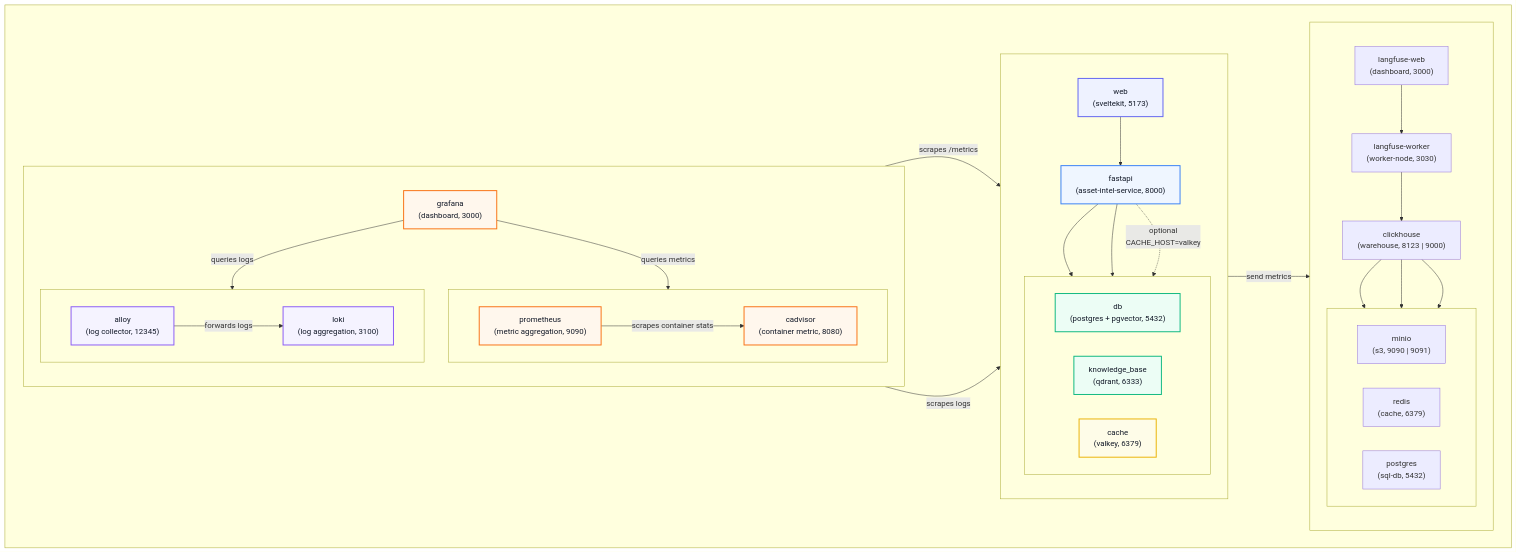
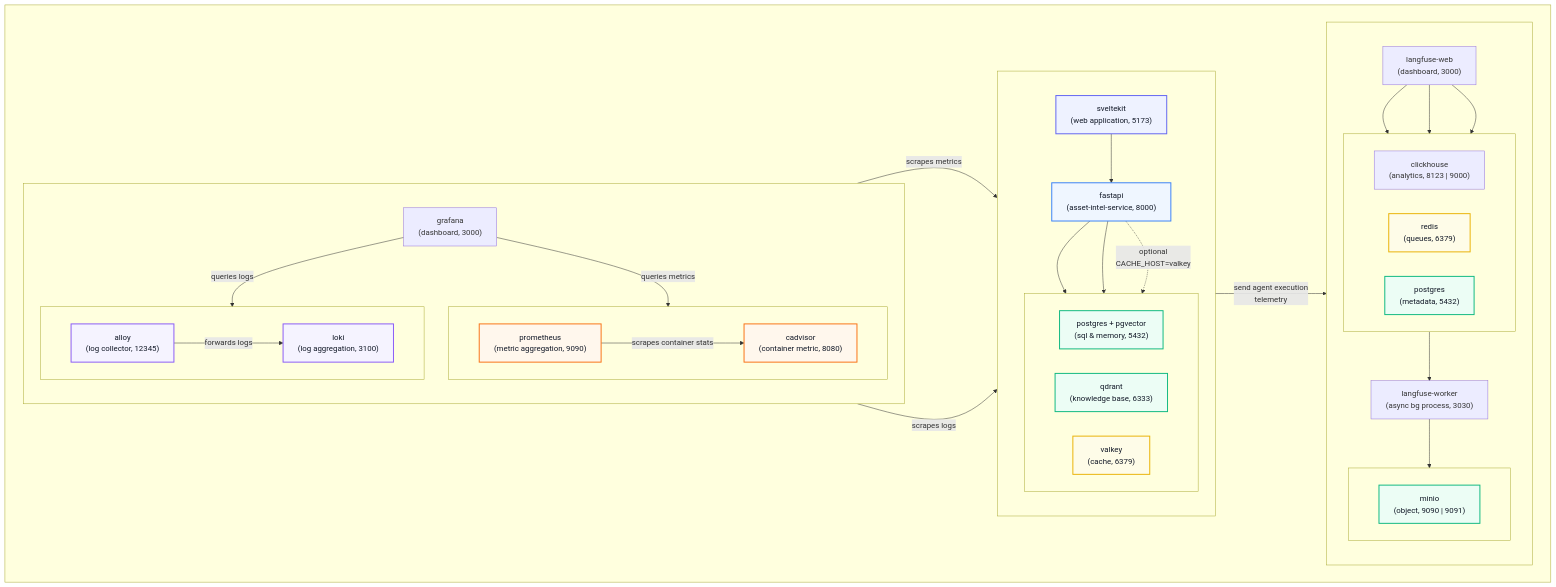
Before and after one commit to xinlonghe2512/avli: the diagram in docs/docker.md, drawn with Mermaid. The commit also changed 2 other files, not shown here.

Commit message:
Project Init

```diff
--- a/docs/docker.md
+++ b/docs/docker.md
@@ -15,21 +15,21 @@
         subgraph app[" "]
             direction TB
 
-            web["web\n(sveltekit, 5173)"]
+            sveltekit["sveltekit\n(web application, 5173)"]
             fastapi["fastapi\n(asset-intel-service, 8000)"]
 
-            subgraph app_data[" "]
+            subgraph app-data[" "]
                 direction LR
-                db["db<br/>(postgres + pgvector, 5432)"]
-                knowledge_base["knowledge_base<br/>(qdrant, 6333)"]
-                cache["cache<br/>(valkey, 6379)"]
+                postgres+pgvector["postgres + pgvector<br/>(sql & memory, 5432)"]
+                qdrant["qdrant<br/>(knowledge base, 6333)"]
+                valkey["valkey<br/>(cache, 6379)"]
             end
 
-            web --> fastapi
+            sveltekit --> fastapi
 
-            fastapi --> db
-            fastapi --> knowledge_base
-            fastapi -.->|"optional<br/>CACHE_HOST=valkey"| cache
+            fastapi --> postgres+pgvector
+            fastapi --> qdrant
+            fastapi -.->|"optional<br/>CACHE_HOST=valkey"| valkey
         end
 
         %% =========================================================
@@ -40,13 +40,13 @@
 
             grafana["grafana\n(dashboard, 3000)"]
 
-            subgraph metric[" "]
+            subgraph obs-metric[" "]
                 direction LR
                 prometheus["prometheus\n(metric aggregation, 9090)"]
                 cadvisor["cadvisor\n(container metric, 8080)"]
             end
 
-            subgraph logging[" "]
+            subgraph obs-logging[" "]
                 direction LR
                 loki["loki<br/>(log aggregation, 3100)"]
                 alloy["alloy<br/>(log collector, 12345)"]
@@ -65,21 +65,26 @@
             direction TB
 
             langfuse-web["langfuse-web\n(dashboard, 3000)"]
-            langfuse-worker["langfuse-worker\n(worker-node, 3030)"]
-            clickhouse["clickhouse\n(warehouse, 8123 | 9000)"]
 
-            subgraph data[" "]
+            subgraph obs_ai-data[" "]
                 direction LR
-                minio["minio<br/>(s3, 9090 | 9091)"]
-                redis["redis<br/>(cache, 6379)"]
-                postgres["postgres<br/>(sql-db, 5432)"]
+                clickhouse["clickhouse\n(analytics, 8123 | 9000)"]
+                redis["redis<br/>(queues, 6379)"]
+                postgres["postgres<br/>(metadata, 5432)"]
             end
 
-            langfuse-web --> langfuse-worker
-            langfuse-worker -->clickhouse
-            clickhouse --> minio
-            clickhouse --> redis
-            clickhouse --> postgres
+            langfuse-worker["langfuse-worker\n(async bg process, 3030)"]
+
+            subgraph obs_ai-data2[" "]
+                direction LR
+                minio["minio<br/>(object, 9090 | 9091)"]
+            end
+
+            langfuse-web --> clickhouse
+            langfuse-web --> redis
+            langfuse-web --> postgres
+            redis --> langfuse-worker
+            langfuse-worker --> minio
         end
     end
 
@@ -87,20 +92,20 @@
     %% CROSS-STACK CONNECTIONS
     %% =========================================================
 
-    prometheus -->|"scrapes /metrics"| fastapi
+    prometheus -->|"scrapes metrics"| fastapi
     alloy -->|"scrapes logs"| fastapi
-    fastapi -->|"send metrics"| langfuse-worker
+    fastapi -->|"send agent execution<br>telemetry"| langfuse-web
 
     %% =========================================================
     %% STYLING
     %% =========================================================
-    class web application
+    class sveltekit application
     class fastapi microservice
-    class db,knowledge_base database
-    class cache cache
+    class postgres+pgvector,postgres,qdrant,minio database
+    class valkey,redis cache
 
+    class grafana dashboard
     class prometheus,cadvisor metrics
-    class grafana metrics
     class alloy,loki logs
 
     classDef application fill:#eef2ff,stroke:#6366f1,stroke-width:2px,color:#111827
```
